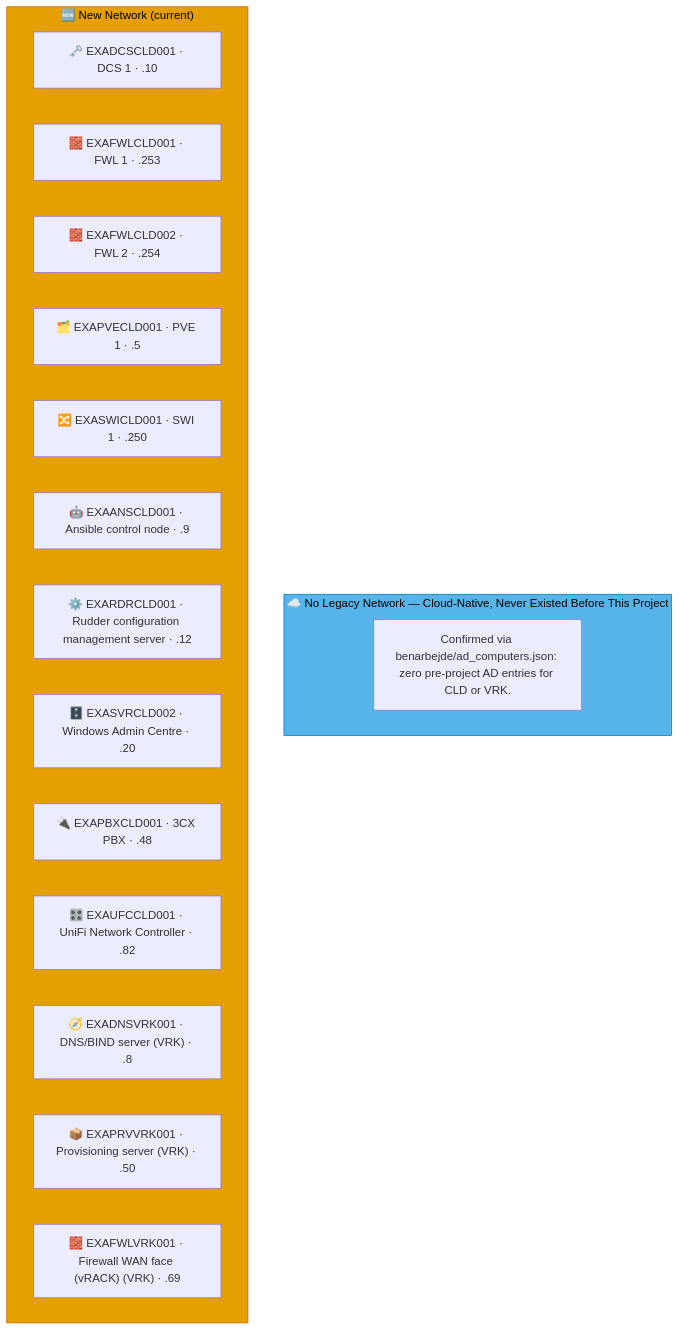
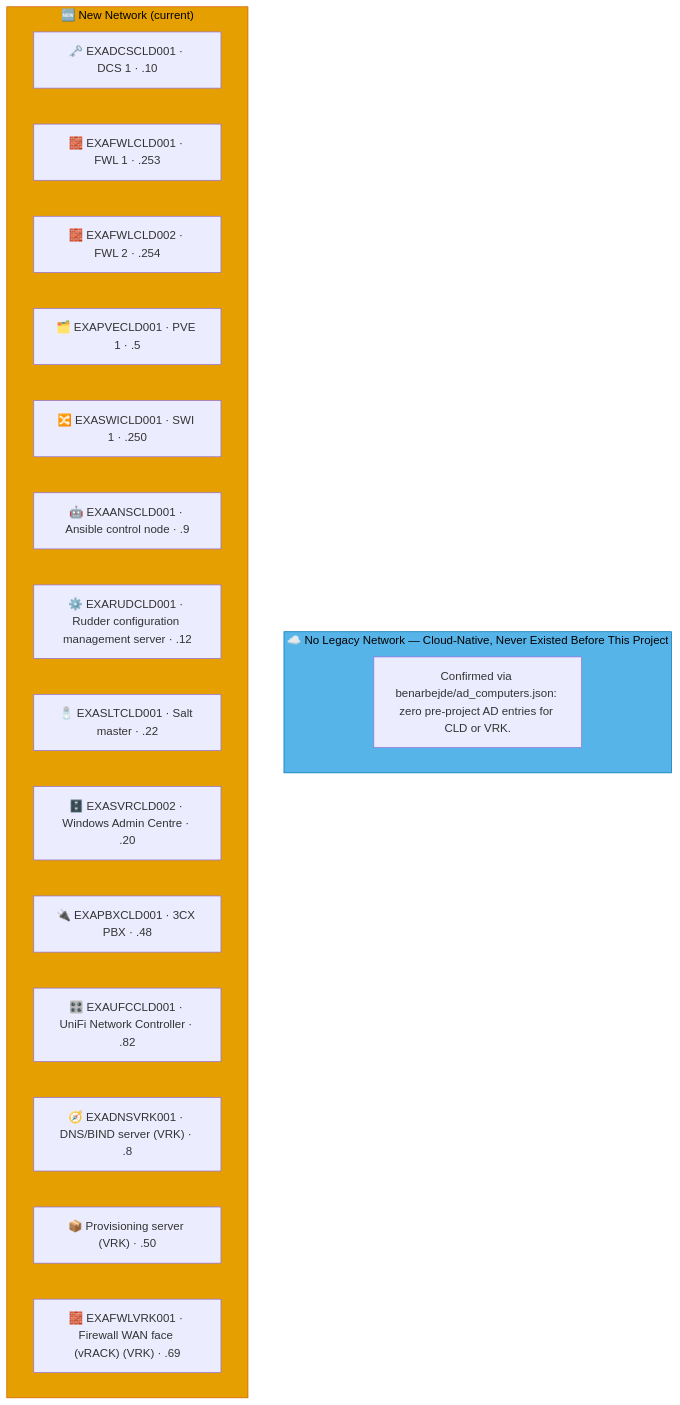
The diagram in docs/network-diagram/cld.md (knightmare2600/example_music_infra), drawn with Mermaid before and after one commit. The commit also changed 136 other files, not shown here.

````diff
--- a/docs/network-diagram/cld.md
+++ b/docs/network-diagram/cld.md
@@ -23,25 +23,26 @@
 ```mermaid
 graph TD
     subgraph OLD_CLD ["☁️ No Legacy Network — Cloud-Native, Never Existed Before This Project"]
       N_OLD_NOTE["Confirmed via benarbejde/ad_computers.json: zero pre-project AD entries for CLD or VRK."]
     end
     style OLD_CLD fill:#56B4E9,stroke:#0072B2,color:#000000
     %% GENERATED:NEW-NETWORK:CLD:START
     subgraph NEW_CLD ["🆕 New Network (current)"]
       N_DCS["🗝️ EXADCSCLD001 · DCS 1 · .10"]
       N_FWL["🧱 EXAFWLCLD001 · FWL 1 · .253"]
       N_FWL2["🧱 EXAFWLCLD002 · FWL 2 · .254"]
       N_PVE["🗂️ EXAPVECLD001 · PVE 1 · .5"]
       N_SWI["🔀 EXASWICLD001 · SWI 1 · .250"]
       N_ANS["🤖 EXAANSCLD001 · Ansible control node · .9"]
-      N_RDR["⚙️ EXARDRCLD001 · Rudder configuration management server · .12"]
+      N_RUD["⚙️ EXARUDCLD001 · Rudder configuration management server · .12"]
+      N_SLT["🧂 EXASLTCLD001 · Salt master · .22"]
       N_SVR["🗄️ EXASVRCLD002 · Windows Admin Centre · .20"]
       N_PBX["🔌 EXAPBXCLD001 · 3CX PBX · .48"]
       N_UFC["🎛️ EXAUFCCLD001 · UniFi Network Controller · .82"]
       N_DNS["🧭 EXADNSVRK001 · DNS/BIND server (VRK) · .8"]
-      N_PRV["📦 EXAPRVVRK001 · Provisioning server (VRK) · .50"]
+      N_TMP["📦 Provisioning server (VRK) · .50"]
       N_FWL3["🧱 EXAFWLVRK001 · Firewall WAN face (vRACK) (VRK) · .69"]
     end
     style NEW_CLD fill:#E69F00,stroke:#D55E00,color:#000000
     %% GENERATED:NEW-NETWORK:CLD:END
 ```
````
